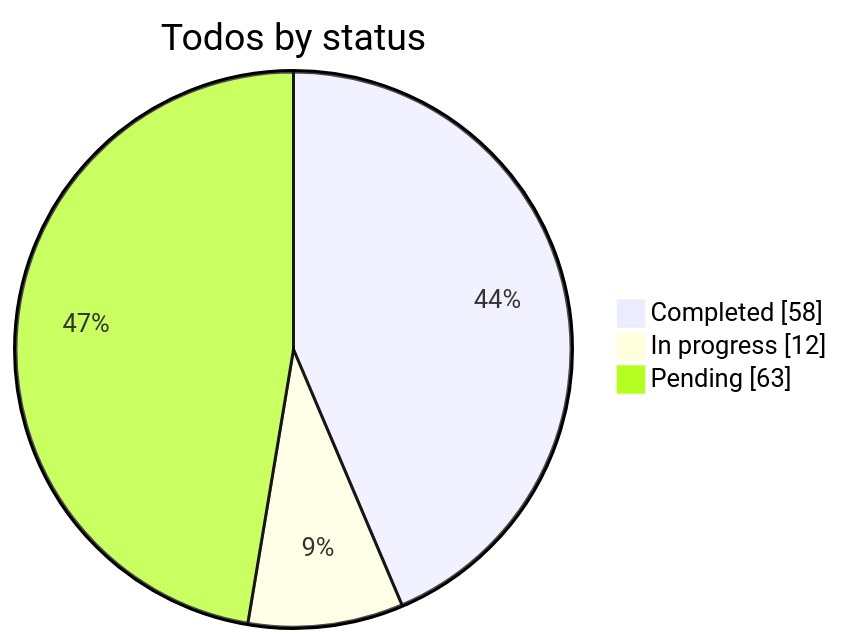
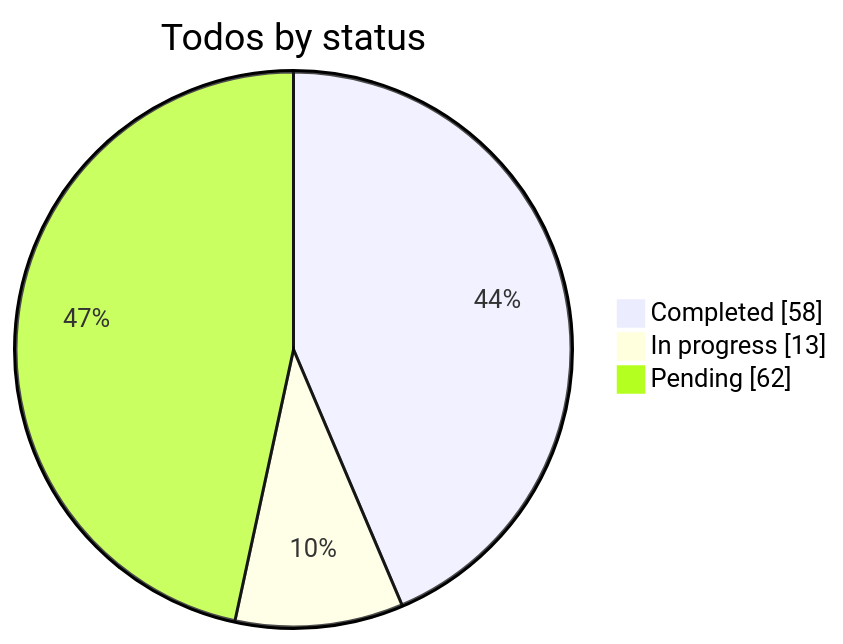
One commit to KantaPaul/next-cms changed the diagram in .cursor/plans/custom_builder_engine_refs.plan.md. Above: the diagram before and after it, drawn with Mermaid. The commit also changed other lines of this file and 5 other files, not shown here.

````diff
--- a/.cursor/plans/custom_builder_engine_refs.plan.md
+++ b/.cursor/plans/custom_builder_engine_refs.plan.md
@@ -427,6 +427,6 @@
 ```mermaid
 pie showData title Todos by status
   "Completed" : 58
-  "In progress" : 12
-  "Pending" : 63
+  "In progress" : 13
+  "Pending" : 62
 ```
````
